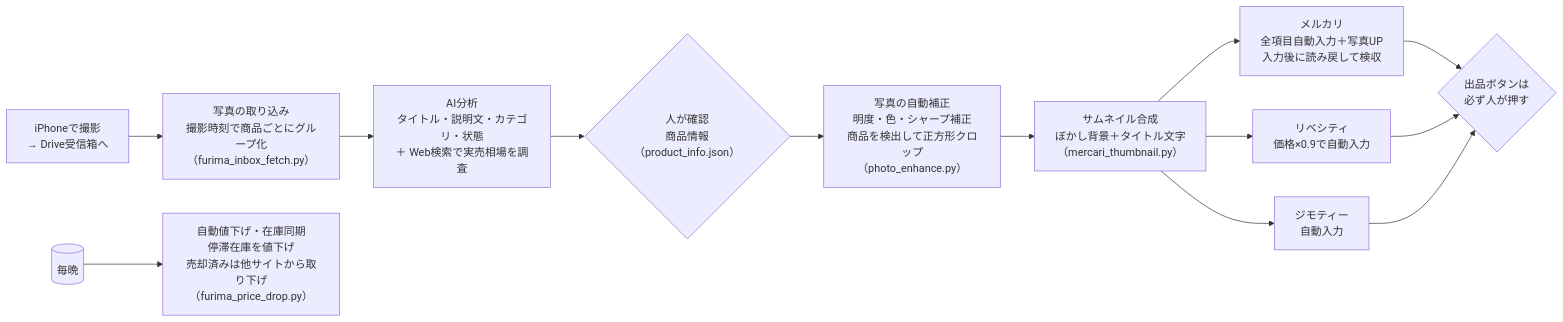
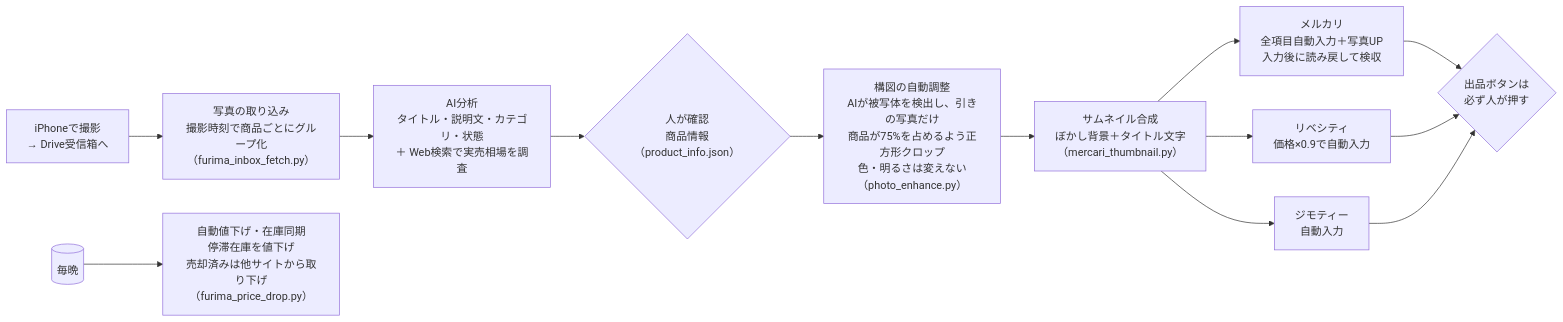
One commit to nihonbare1979-cmd/ai-life-automation-showcase changed the diagram in systems/04-flea-market-autolist.md. Above: the diagram before and after it, drawn with Mermaid. The commit also changed other lines of this file and 5 other files, not shown here.

Commit message:
04: 構図調整の説明を実態に合わせ、ビフォー/アフター比較と検出枠の可視化を追加

````diff
--- a/systems/04-flea-market-autolist.md
+++ b/systems/04-flea-market-autolist.md
@@ -27,15 +27,15 @@
 ```mermaid
 flowchart LR
     A[iPhoneで撮影<br/>→ Drive受信箱へ] --> B[写真の取り込み<br/>撮影時刻で商品ごとにグループ化<br/>（furima_inbox_fetch.py）]
     B --> C[AI分析<br/>タイトル・説明文・カテゴリ・状態<br/>＋ Web検索で実売相場を調査]
     C --> D{人が確認<br/>商品情報（product_info.json）}
-    D --> E[写真の自動補正<br/>明度・色・シャープ補正<br/>商品を検出して正方形クロップ<br/>（photo_enhance.py）]
+    D --> E[構図の自動調整<br/>AIが被写体を検出し、引きの写真だけ<br/>商品が75%を占めるよう正方形クロップ<br/>色・明るさは変えない（photo_enhance.py）]
     E --> F[サムネイル合成<br/>ぼかし背景＋タイトル文字<br/>（mercari_thumbnail.py）]
     F --> G1[メルカリ<br/>全項目自動入力＋写真UP<br/>入力後に読み戻して検収]
     F --> G2[リベシティ<br/>価格×0.9で自動入力]
     F --> G3[ジモティー<br/>自動入力]
     G1 --> H{出品ボタンは<br/>必ず人が押す}
     G2 --> H
     G3 --> H
     I[(毎晩)] --> J[自動値下げ・在庫同期<br/>停滞在庫を値下げ<br/>売却済みは他サイトから取り下げ<br/>（furima_price_drop.py）]
 ```
````
